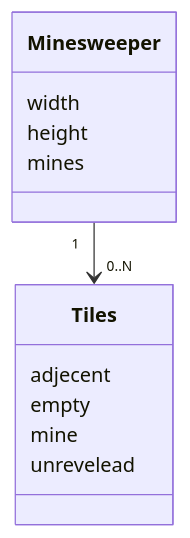
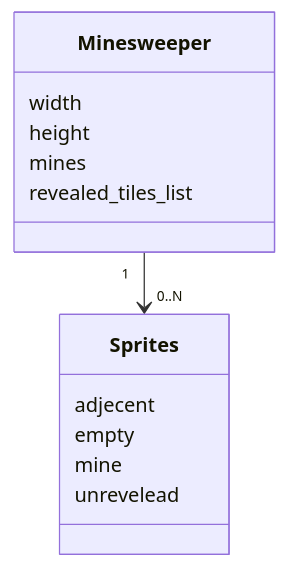
Before and after one commit to xelmas/ot-miinaharava: the diagram in dokumentaatio/arkkitehtuuri.md, drawn with Mermaid.

````diff
--- a/dokumentaatio/arkkitehtuuri.md
+++ b/dokumentaatio/arkkitehtuuri.md
@@ -24,15 +24,16 @@
 ```mermaid
  classDiagram
-      Minesweeper "1" --> "0..N" Tiles
+      Minesweeper "1" --> "0..N" Sprites
       class Minesweeper {
         width
         height
         mines
+        revealed_tiles_list
       }
-      class Tiles{
+      class Sprites{
         adjecent
         empty
         mine
         unrevelead
       }
 ```
````
